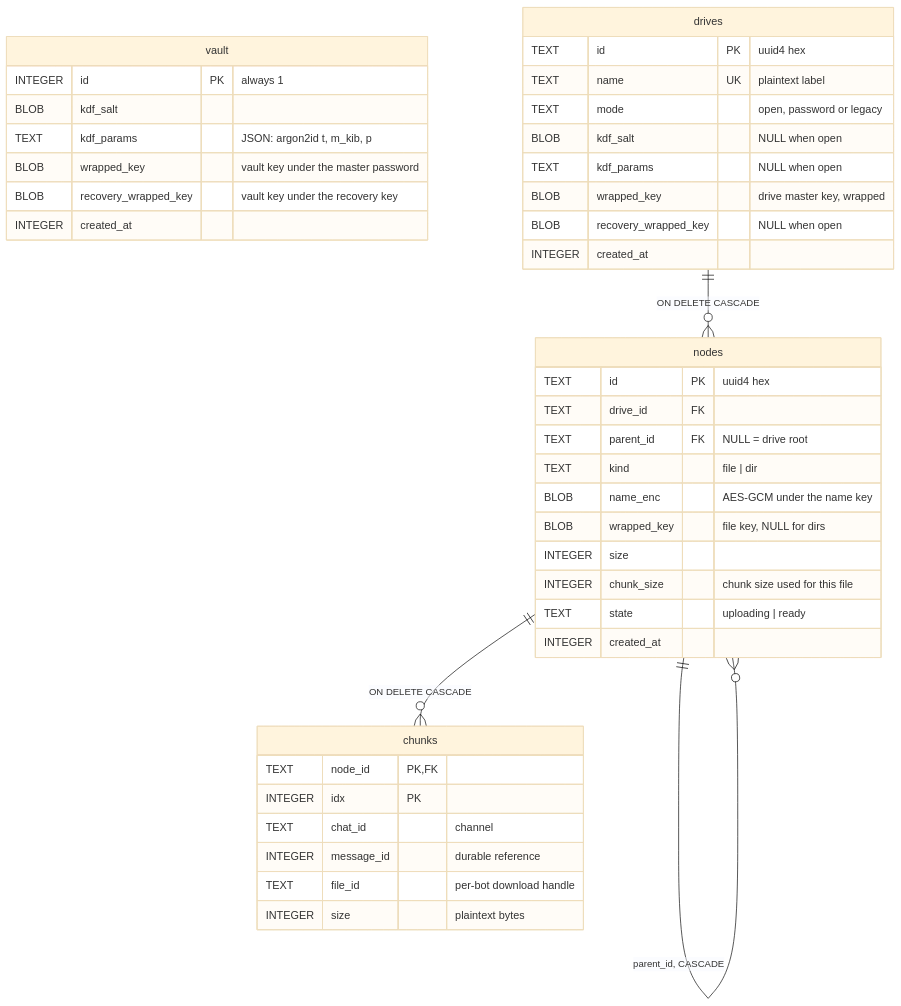
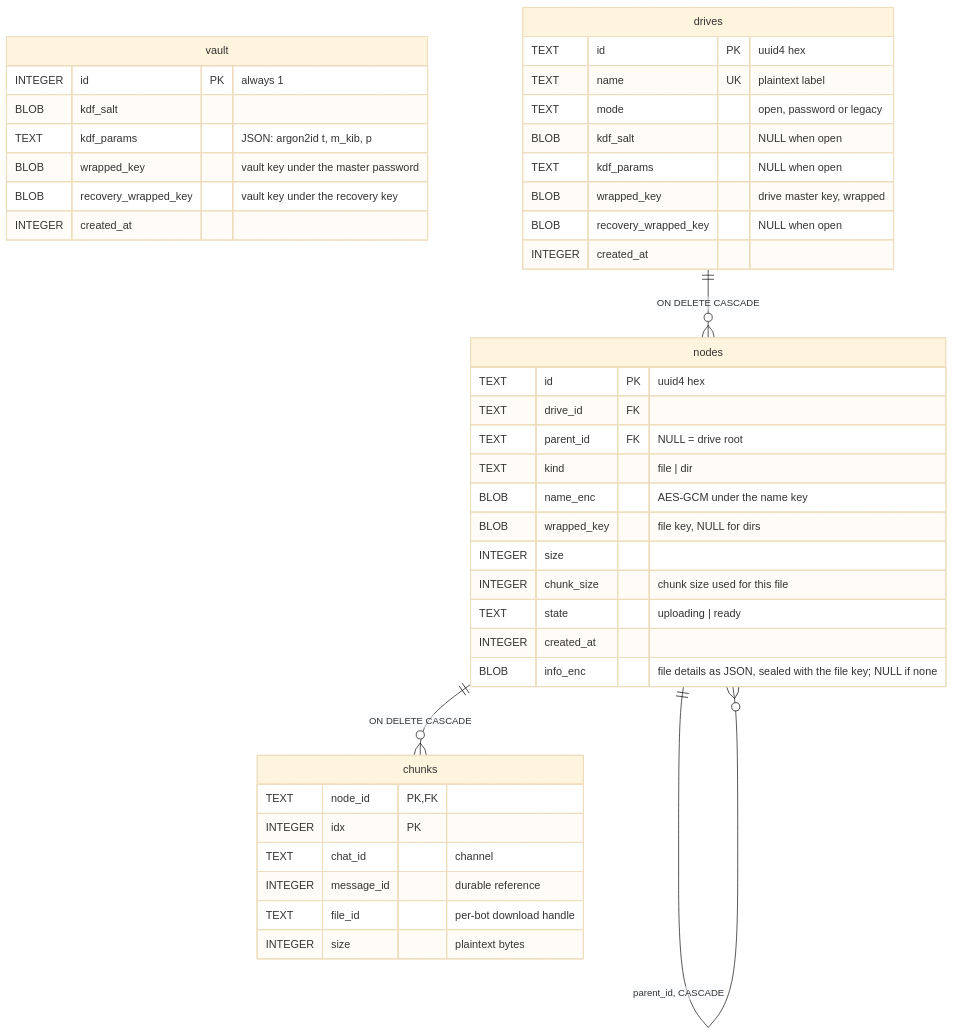
The first of 2 diagrams in docs/data-model.md (iusekarma/tgdrive), drawn with Mermaid (base theme) before and after one commit. The commit also changed 19 other files, not shown here.

````diff
--- a/docs/data-model.md
+++ b/docs/data-model.md
@@ -6,44 +6,45 @@
 ```mermaid
 erDiagram
     vault {
         INTEGER id PK "always 1"
         BLOB kdf_salt
         TEXT kdf_params "JSON: argon2id t, m_kib, p"
         BLOB wrapped_key "vault key under the master password"
         BLOB recovery_wrapped_key "vault key under the recovery key"
         INTEGER created_at
     }
     drives {
         TEXT id PK "uuid4 hex"
         TEXT name UK "plaintext label"
         TEXT mode "open, password or legacy"
         BLOB kdf_salt "NULL when open"
         TEXT kdf_params "NULL when open"
         BLOB wrapped_key "drive master key, wrapped"
         BLOB recovery_wrapped_key "NULL when open"
         INTEGER created_at
     }
     nodes {
         TEXT id PK "uuid4 hex"
         TEXT drive_id FK
         TEXT parent_id FK "NULL = drive root"
         TEXT kind "file | dir"
         BLOB name_enc "AES-GCM under the name key"
         BLOB wrapped_key "file key, NULL for dirs"
         INTEGER size
         INTEGER chunk_size "chunk size used for this file"
         TEXT state "uploading | ready"
         INTEGER created_at
+        BLOB info_enc "file details as JSON, sealed with the file key; NULL if none"
     }
     chunks {
         TEXT node_id PK,FK
         INTEGER idx PK
         TEXT chat_id "channel"
         INTEGER message_id "durable reference"
         TEXT file_id "per-bot download handle"
         INTEGER size "plaintext bytes"
     }
     drives ||--o{ nodes : "ON DELETE CASCADE"
     nodes ||--o{ nodes : "parent_id, CASCADE"
     nodes ||--o{ chunks : "ON DELETE CASCADE"
 ```
````
